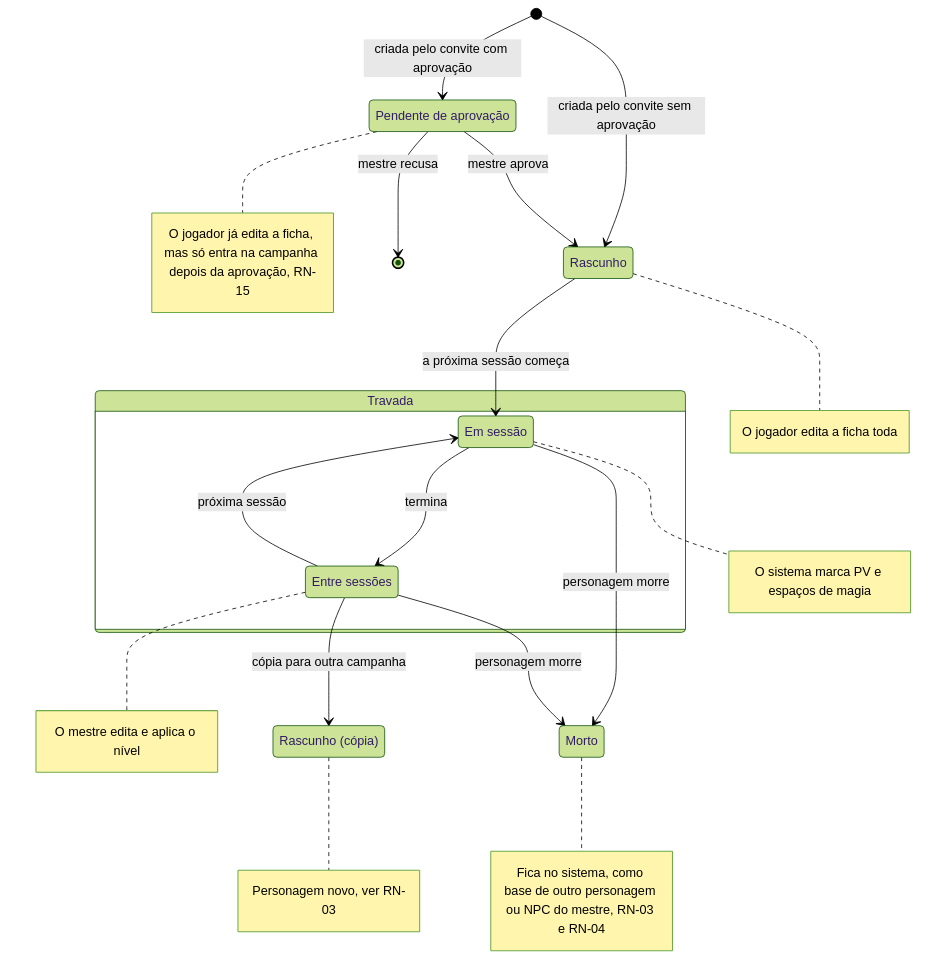
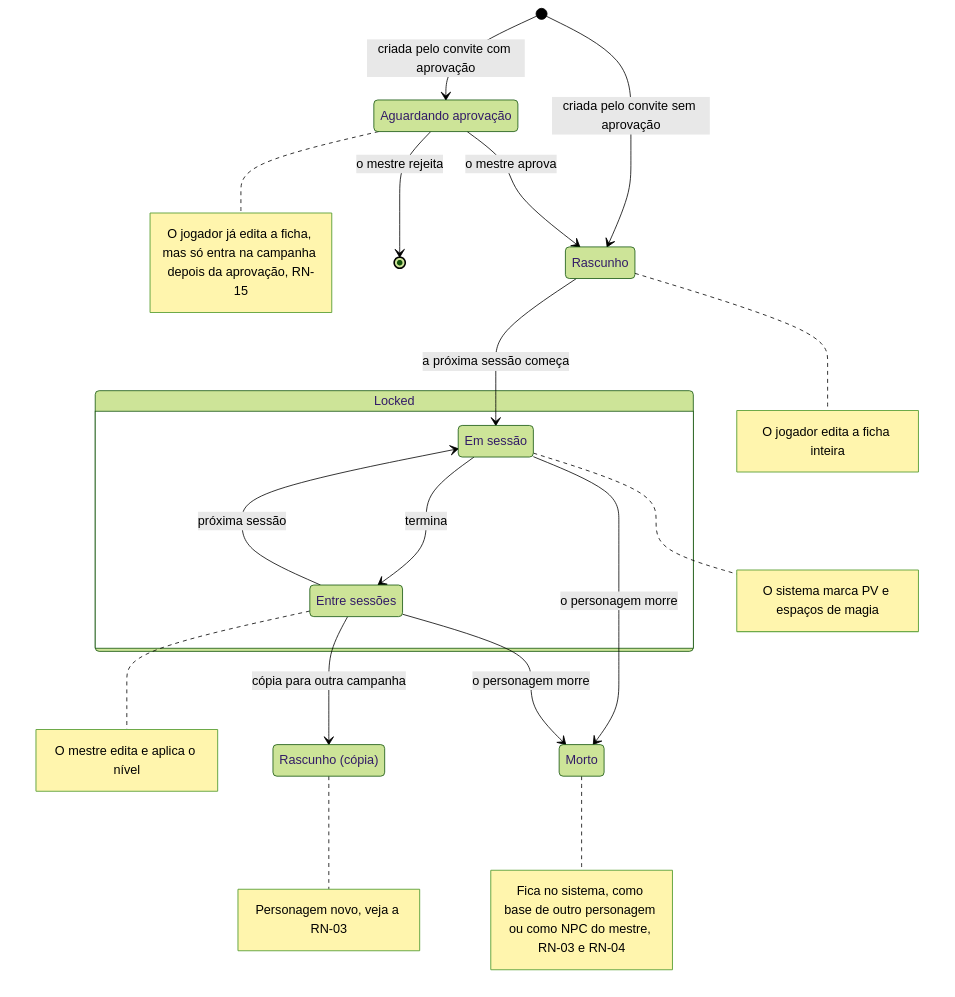
The first of 2 diagrams in docs/pt-BR/produto/regras.md (PuraFome/meuRPG), drawn with Mermaid (forest theme) before and after one commit. The commit also changed other lines of this file and 16 other files, not shown here.

````diff
--- a/docs/pt-BR/produto/regras.md
+++ b/docs/pt-BR/produto/regras.md
@@ -562,30 +816,30 @@
 ```mermaid
 stateDiagram-v2
-    state "Pendente de aprovação" as Pendente
-    state "Rascunho" as Rascunho
-    state "Rascunho (cópia)" as RascunhoCopia
-    state "Morto" as Morto
+    state "Aguardando aprovação" as Pending
+    state "Rascunho" as Draft
+    state "Rascunho (cópia)" as DraftCopy
+    state "Morto" as Dead
 
-    state Travada {
-        state "Em sessão" as EmSessao
-        state "Entre sessões" as EntreSessoes
-        EmSessao --> EntreSessoes : termina
-        EntreSessoes --> EmSessao : próxima sessão
+    state Locked {
+        state "Em sessão" as InSession
+        state "Entre sessões" as BetweenSessions
+        InSession --> BetweenSessions : termina
+        BetweenSessions --> InSession : próxima sessão
     }
 
-    [*] --> Pendente : criada pelo convite com aprovação
-    [*] --> Rascunho : criada pelo convite sem aprovação
-    Pendente --> Rascunho : mestre aprova
-    Pendente --> [*] : mestre recusa
-    Rascunho --> EmSessao : a próxima sessão começa
-    EntreSessoes --> RascunhoCopia : cópia para outra campanha
-    EmSessao --> Morto : personagem morre
-    EntreSessoes --> Morto : personagem morre
+    [*] --> Pending : criada pelo convite com aprovação
+    [*] --> Draft : criada pelo convite sem aprovação
+    Pending --> Draft : o mestre aprova
+    Pending --> [*] : o mestre rejeita
+    Draft --> InSession : a próxima sessão começa
+    BetweenSessions --> DraftCopy : cópia para outra campanha
+    InSession --> Dead : o personagem morre
+    BetweenSessions --> Dead : o personagem morre
 
-    note right of Pendente : O jogador já edita a ficha, mas só entra na campanha depois da aprovação, RN-15
-    note right of Rascunho : O jogador edita a ficha toda
-    note right of EmSessao : O sistema marca PV e espaços de magia
-    note right of EntreSessoes : O mestre edita e aplica o nível
-    note right of RascunhoCopia : Personagem novo, ver RN-03
-    note right of Morto : Fica no sistema, como base de outro personagem ou NPC do mestre, RN-03 e RN-04
+    note right of Pending : O jogador já edita a ficha, mas só entra na campanha depois da aprovação, RN-15
+    note right of Draft : O jogador edita a ficha inteira
+    note right of InSession : O sistema marca PV e espaços de magia
+    note right of BetweenSessions : O mestre edita e aplica o nível
+    note right of DraftCopy : Personagem novo, veja a RN-03
+    note right of Dead : Fica no sistema, como base de outro personagem ou como NPC do mestre, RN-03 e RN-04
 ```
````
